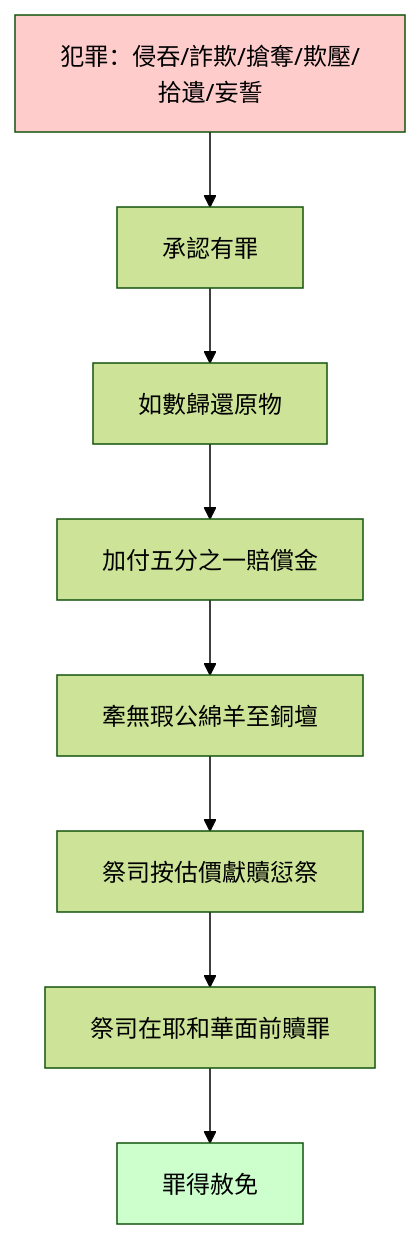
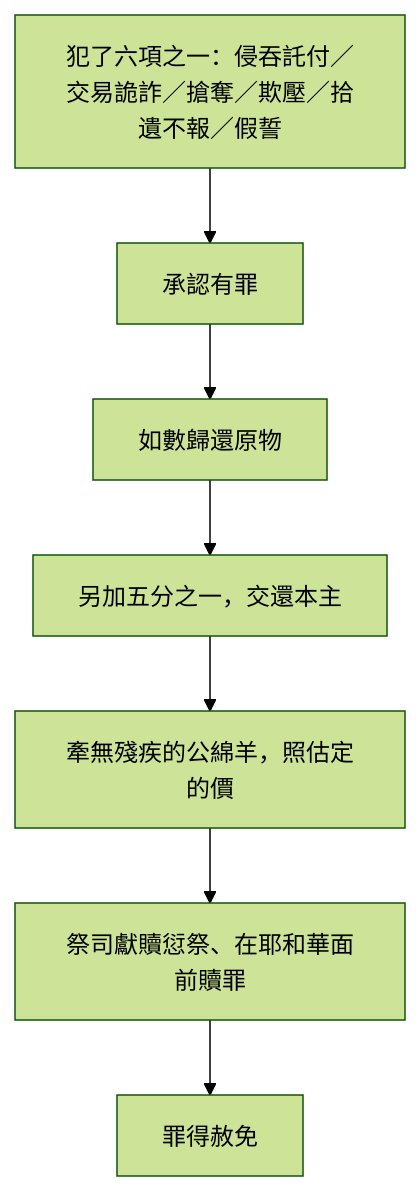
The first of 3 diagrams in content/03 利未記/第6章.md (andyjr5566/Bible_wiki_zh_website), drawn with Mermaid (forest theme) before and after one commit. The commit also changed other lines of this file and 998 other files, not shown here.

````diff
--- a/content/03 利未記/第6章.md
+++ b/content/03 利未記/第6章.md
@@ -92,12 +102,9 @@
 ```mermaid
 flowchart TD
-    A[犯罪：侵吞/詐欺/搶奪/欺壓/拾遺/妄誓] --> B[承認有罪]
-    B --> C[如數歸還原物]
-    C --> D[加付五分之一賠償金]
-    D --> E[牽無瑕公綿羊至銅壇]
-    E --> F[祭司按估價獻贖愆祭]
-    F --> G[祭司在耶和華面前贖罪]
-    G --> H[罪得赦免]
-    style A fill:#ffcccc
-    style H fill:#ccffcc
+    A["犯了六項之一：侵吞託付／交易詭詐／搶奪／欺壓／拾遺不報／假誓"] --> B["承認有罪"]
+    B --> C["如數歸還原物"]
+    C --> D["另加五分之一，交還本主"]
+    D --> E["牽無殘疾的公綿羊，照估定的價"]
+    E --> F["祭司獻贖愆祭、在耶和華面前贖罪"]
+    F --> G["罪得赦免"]
 ```
````
